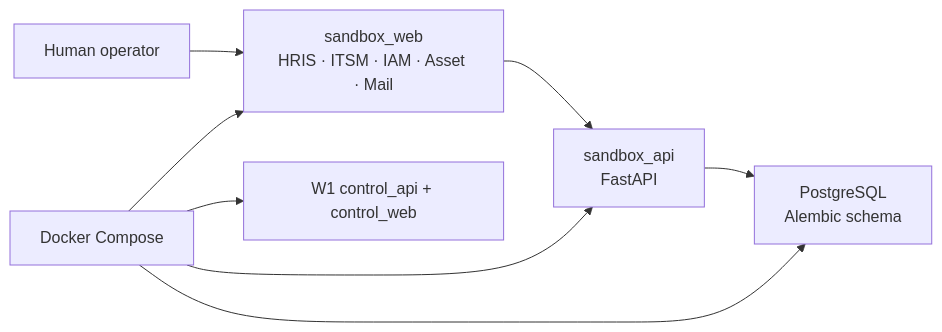
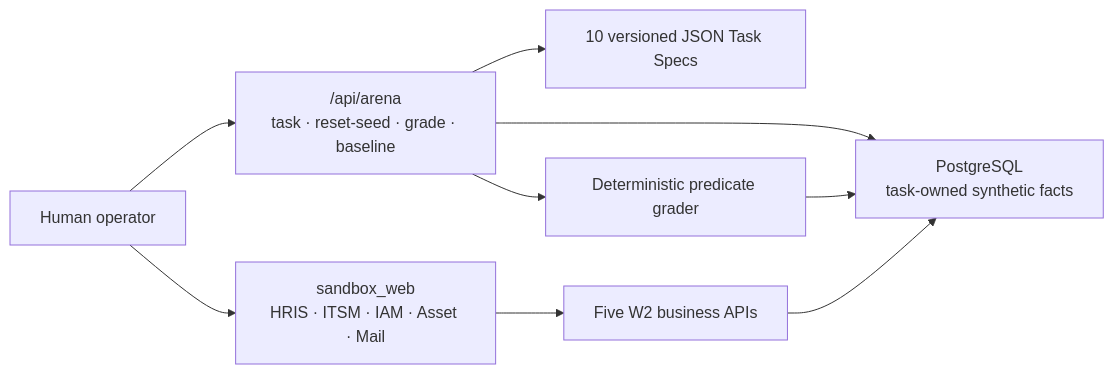
One commit to taka-wzx/flowpilot-arena changed the diagram in README.md. Above: the diagram before and after it, drawn with Mermaid. The commit also changed other lines of this file and 40 other files, not shown here.

````diff
--- a/README.md
+++ b/README.md
@@ -21,10 +23,11 @@
 ```mermaid
 flowchart LR
-    Human["Human operator"] --> Web["sandbox_web\nHRIS · ITSM · IAM · Asset · Mail"]
-    Web --> API["sandbox_api\nFastAPI"]
-    API --> DB["PostgreSQL\nAlembic schema"]
-    Compose["Docker Compose"] --> Web
-    Compose --> API
-    Compose --> DB
-    Compose --> W1["W1 control_api + control_web"]
+    Human["Human operator"] --> Arena["/api/arena\ntask · reset-seed · grade · baseline"]
+    Human --> Web["sandbox_web\nHRIS · ITSM · IAM · Asset · Mail"]
+    Arena --> Catalog["10 versioned JSON Task Specs"]
+    Arena --> DB["PostgreSQL\ntask-owned synthetic facts"]
+    Web --> Business["Five W2 business APIs"]
+    Business --> DB
+    Grader["Deterministic predicate grader"] --> DB
+    Arena --> Grader
 ```
````
